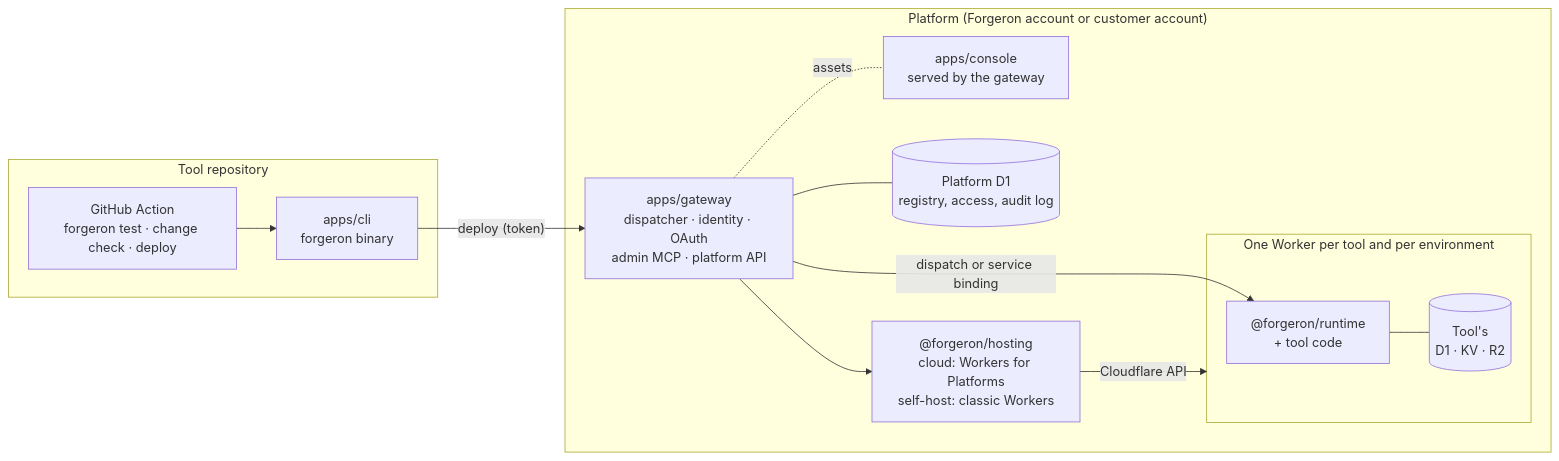
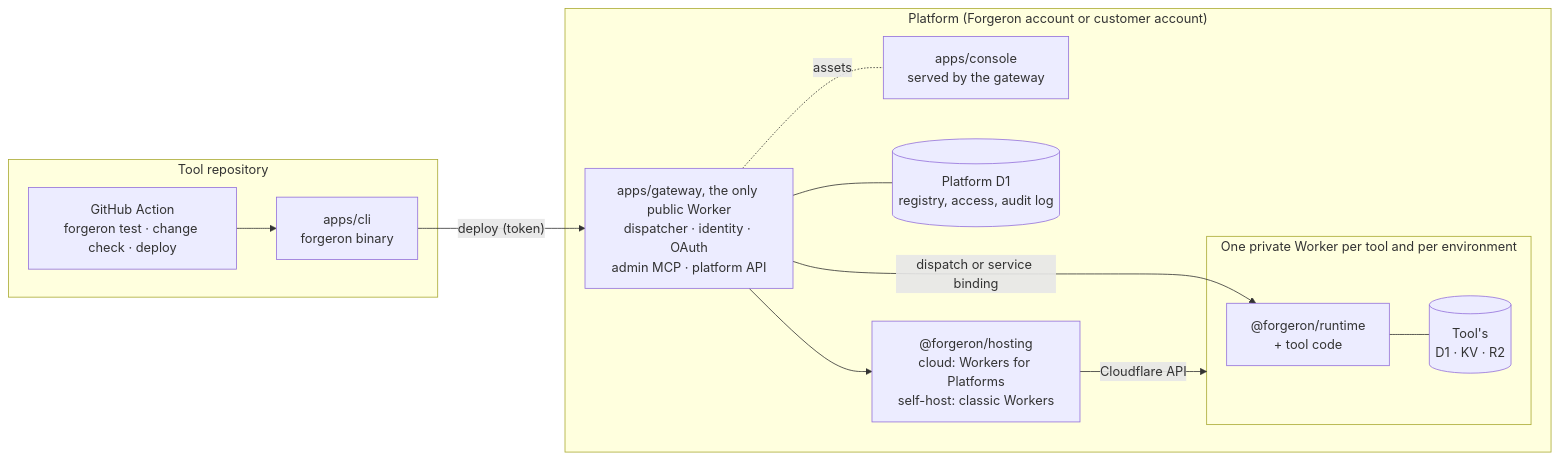
One commit to forgeron-sh/monorepo changed the first of 3 diagrams in docs/ARCHITECTURE.md. Above: the diagram before and after it, drawn with Mermaid. The commit also changed other lines of this file and 3 other files, not shown here.

Commit message:
docs: redraw the architecture and roadmap diagrams in English as Mermaid (FOR-1, FOR-2, FOR-3)

````diff
--- a/docs/ARCHITECTURE.md
+++ b/docs/ARCHITECTURE.md
@@ -9,27 +9,27 @@
 ```mermaid
 flowchart LR
   subgraph Dev["Tool repository"]
     CI["GitHub Action<br/>forgeron test · change check · deploy"]
     CLI["apps/cli<br/>forgeron binary"]
   end
 
   subgraph Platform["Platform (Forgeron account or customer account)"]
-    GW["apps/gateway<br/>dispatcher · identity · OAuth<br/>admin MCP · platform API"]
+    GW["apps/gateway, the only public Worker<br/>dispatcher · identity · OAuth<br/>admin MCP · platform API"]
     CON["apps/console<br/>served by the gateway"]
     REG[("Platform D1<br/>registry, access, audit log")]
     HOST["@forgeron/hosting<br/>cloud: Workers for Platforms<br/>self-host: classic Workers"]
-    subgraph Tools["One Worker per tool and per environment"]
+    subgraph Tools["One private Worker per tool and per environment"]
       RT["@forgeron/runtime<br/>+ tool code"]
       RES[("Tool's<br/>D1 · KV · R2")]
     end
   end
 
   CI --> CLI
   CLI -- "deploy (token)" --> GW
   GW --- REG
   GW --> HOST
   HOST -- "Cloudflare API" --> Tools
   GW -- "dispatch or service binding" --> RT
   RT --- RES
   GW -. assets .- CON
 ```
````
